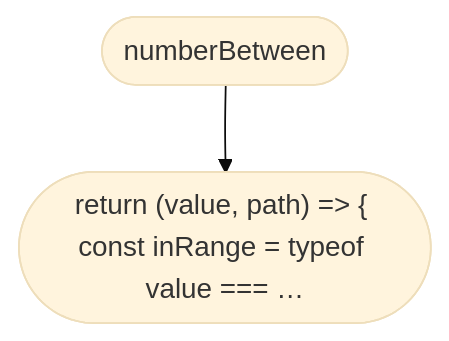
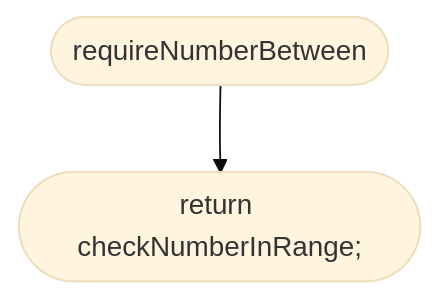
Before and after one commit to NewDara-Star/world-engine: diagram 11 of 38 in docs/flows/src/place/parse.md, drawn with Mermaid (base theme). The commit also changed other lines of this file and 18 other files, not shown here.

````diff
--- a/docs/flows/src/place/parse.md
+++ b/docs/flows/src/place/parse.md
@@ -104,6 +167,6 @@
 ```mermaid
 flowchart TD
-  n1(["numberBetween"])
-  n2(["return (value, path) =#gt; { const inRange = typeof value === …"])
+  n1(["requireNumberBetween"])
+  n2(["return checkNumberInRange;"])
   n1 --> n2
 ```
````
